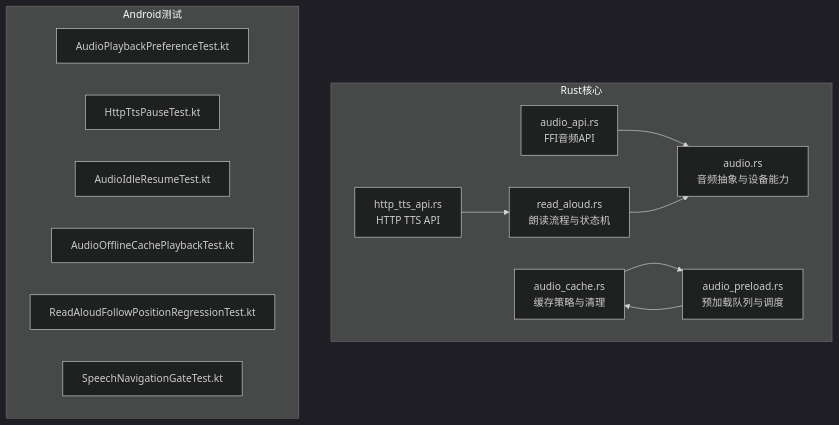
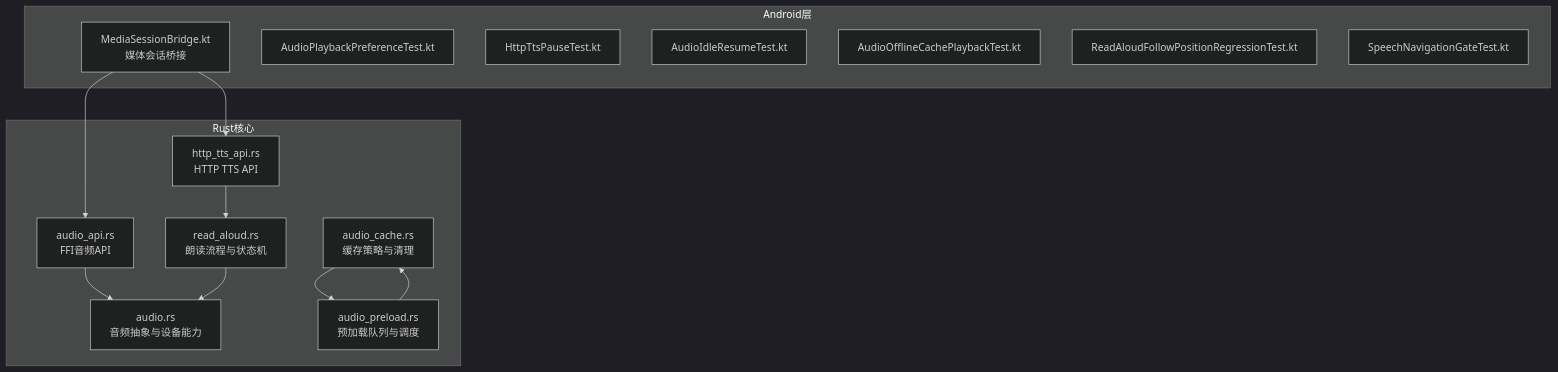
One commit to ZhangGHGitHub/LegadoTeamFlutter changed the first of 6 diagrams in .qoder/repowiki/zh/content/音频功能/音频功能.md. Above: the diagram before and after it, drawn with Mermaid (dark theme). The commit also changed other lines of this file and 66 other files, not shown here.

````diff
--- a/.qoder/repowiki/zh/content/音频功能/音频功能.md
+++ b/.qoder/repowiki/zh/content/音频功能/音频功能.md
@@ -46,24 +55,27 @@
 ```mermaid
 graph TB
 subgraph "Rust核心"
 A["audio.rs<br/>音频抽象与设备能力"]
 B["audio_cache.rs<br/>缓存策略与清理"]
 C["audio_preload.rs<br/>预加载队列与调度"]
 D["read_aloud.rs<br/>朗读流程与状态机"]
 E["audio_api.rs<br/>FFI音频API"]
 F["http_tts_api.rs<br/>HTTP TTS API"]
 end
-subgraph "Android测试"
-G["AudioPlaybackPreferenceTest.kt"]
-H["HttpTtsPauseTest.kt"]
-I["AudioIdleResumeTest.kt"]
-J["AudioOfflineCachePlaybackTest.kt"]
-K["ReadAloudFollowPositionRegressionTest.kt"]
-L["SpeechNavigationGateTest.kt"]
+subgraph "Android层"
+G["MediaSessionBridge.kt<br/>媒体会话桥接"]
+H["AudioPlaybackPreferenceTest.kt"]
+I["HttpTtsPauseTest.kt"]
+J["AudioIdleResumeTest.kt"]
+K["AudioOfflineCachePlaybackTest.kt"]
+L["ReadAloudFollowPositionRegressionTest.kt"]
+M["SpeechNavigationGateTest.kt"]
 end
 E --> A
 F --> D
 B --> C
 D --> A
 C --> B
+G --> E
+G --> F
 ```
````
